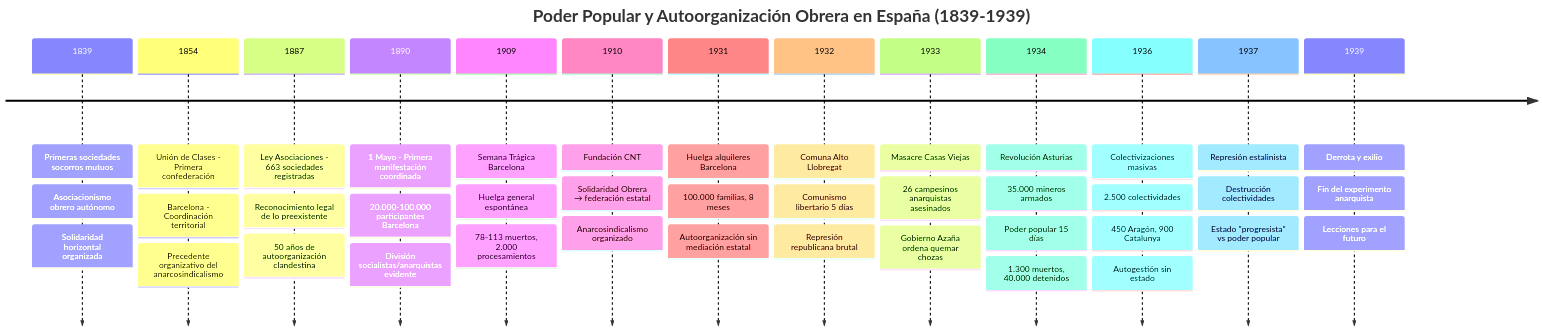
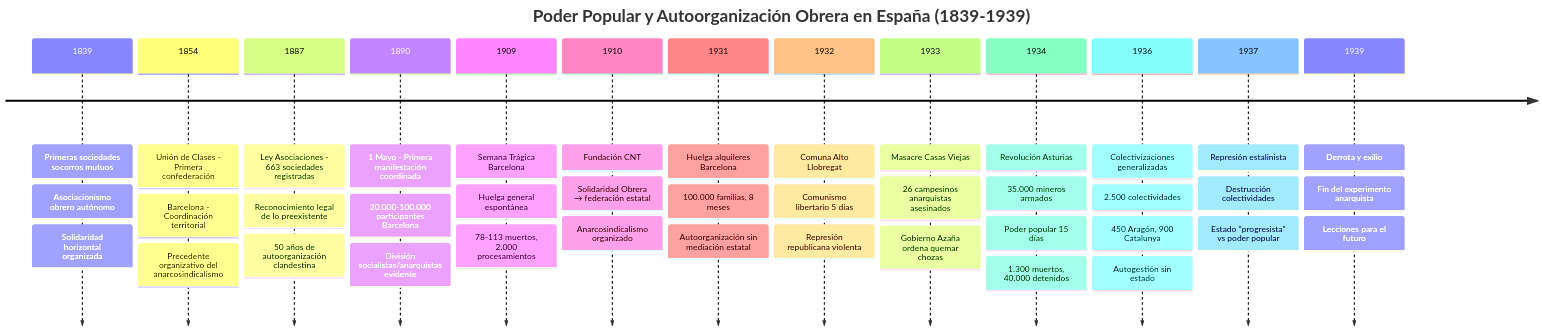
The first of 4 diagrams in sociologia/el-poder-popular-frente-al-estado.md (perpetuocambio/annotations), drawn with Mermaid before and after one commit. The commit also changed other lines of this file, not shown here.

````diff
--- a/sociologia/el-poder-popular-frente-al-estado.md
+++ b/sociologia/el-poder-popular-frente-al-estado.md
@@ -124,58 +124,58 @@
 ```mermaid
 timeline
     title Poder Popular y Autoorganización Obrera en España (1839-1939)
     
     1839 : Primeras sociedades socorros mutuos
          : Asociacionismo obrero autónomo
          : Solidaridad horizontal organizada
     
     1854 : Unión de Clases - Primera confederación
          : Barcelona - Coordinación territorial
          : Precedente organizativo del anarcosindicalismo
     
     1887 : Ley Asociaciones - 663 sociedades registradas
          : Reconocimiento legal de lo preexistente
          : 50 años de autoorganización clandestina
     
     1890 : 1 Mayo - Primera manifestación coordinada
          : 20.000-100.000 participantes Barcelona
          : División socialistas/anarquistas evidente
     
     1909 : Semana Trágica Barcelona
          : Huelga general espontánea
          : 78-113 muertos, 2.000 procesamientos
     
     1910 : Fundación CNT
          : Solidaridad Obrera → federación estatal
          : Anarcosindicalismo organizado
     
     1931 : Huelga alquileres Barcelona
          : 100.000 familias, 8 meses
          : Autoorganización sin mediación estatal
     
     1932 : Comuna Alto Llobregat
          : Comunismo libertario 5 días
-         : Represión republicana brutal
+         : Represión republicana violenta
          
     1933 : Masacre Casas Viejas
          : 26 campesinos anarquistas asesinados
          : Gobierno Azaña ordena quemar chozas
     
     1934 : Revolución Asturias
          : 35.000 mineros armados
          : Poder popular 15 días
          : 1.300 muertos, 40.000 detenidos
     
-    1936 : Colectivizaciones masivas
+    1936 : Colectivizaciones generalizadas
          : 2.500 colectividades
          : 450 Aragón, 900 Catalunya
          : Autogestión sin estado
     
     1937 : Represión estalinista
          : Destrucción colectividades
          : Estado "progresista" vs poder popular
     
     1939 : Derrota y exilio
          : Fin del experimento anarquista
          : Lecciones para el futuro
 ```
````
